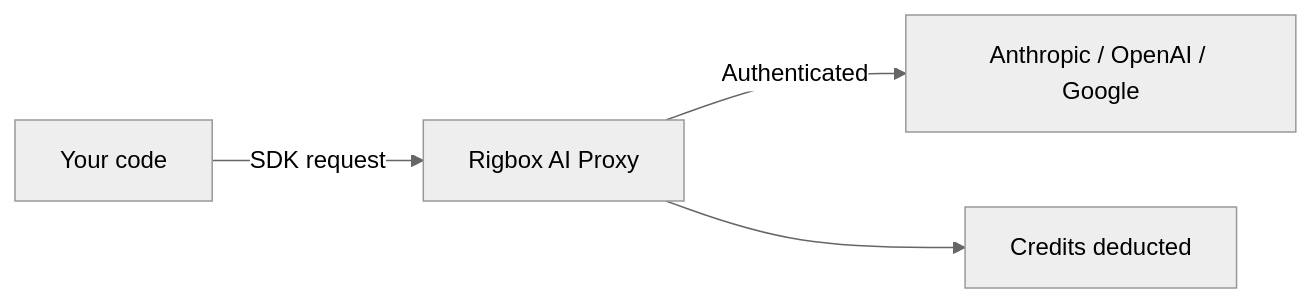
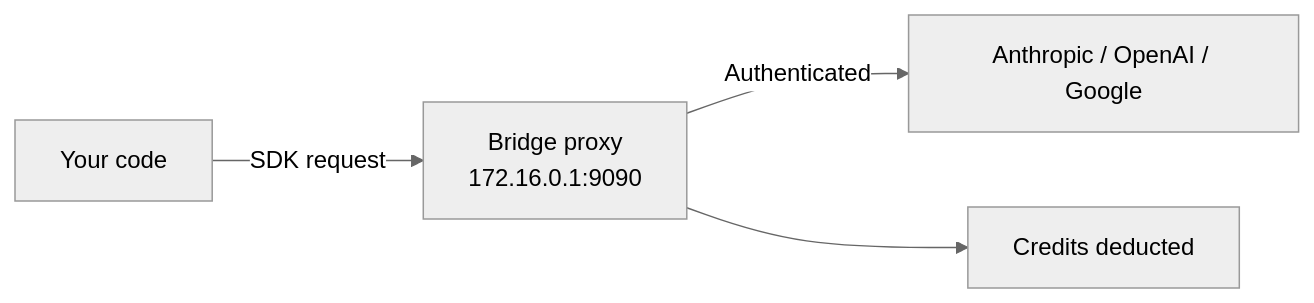
One commit to rigbox-dev/docs changed the second of 3 diagrams in concepts/architecture.mdx. Above: the diagram before and after it, drawn with Mermaid (neutral theme). The commit also changed other lines of this file and 15 other files, not shown here.

````diff
--- a/concepts/architecture.mdx
+++ b/concepts/architecture.mdx
@@ -41,6 +41,6 @@
 ```mermaid
 flowchart LR
-    CODE[Your code] -->|SDK request| PROXY[Rigbox AI Proxy]
+    CODE[Your code] -->|SDK request| PROXY["Bridge proxy\n172.16.0.1:9090"]
     PROXY -->|Authenticated| PROVIDER[Anthropic / OpenAI / Google]
     PROXY --> CREDITS[Credits deducted]
 ```
````
